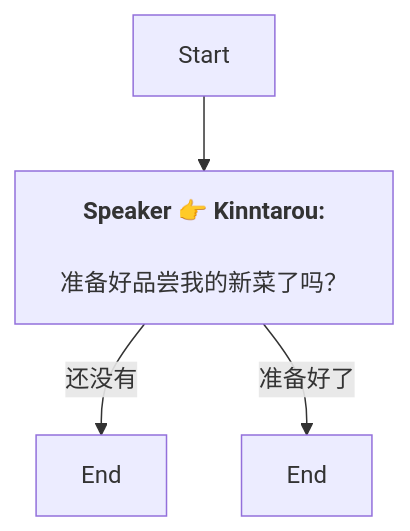
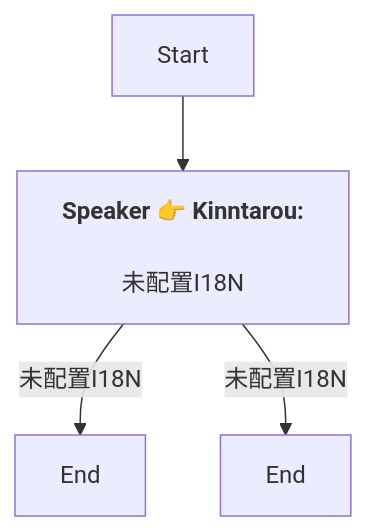
The diagram in Zh/QuestTalkObjectiveNode_1757653813027427.md (SoftHu/tos_avg), drawn with Mermaid before and after one commit. The commit also changed 730 other files, not shown here.

````diff
--- a/Zh/QuestTalkObjectiveNode_1757653813027427.md
+++ b/Zh/QuestTalkObjectiveNode_1757653813027427.md
@@ -1,8 +1,8 @@
 ```mermaid
 graph
 Start -->1757654079816294[<b>Speaker 👉 Kinntarou:</b>
-\n准备好品尝我的新菜了吗？]
-1757654079816294 -->|还没有|1757655008383597[End]
-1757654079816294 -->|准备好了|1757655003113068[End]
+\n未配置I18N]
+1757654079816294 -->|未配置I18N|1757655008383597[End]
+1757654079816294 -->|未配置I18N|1757655003113068[End]
 
 ```
````
